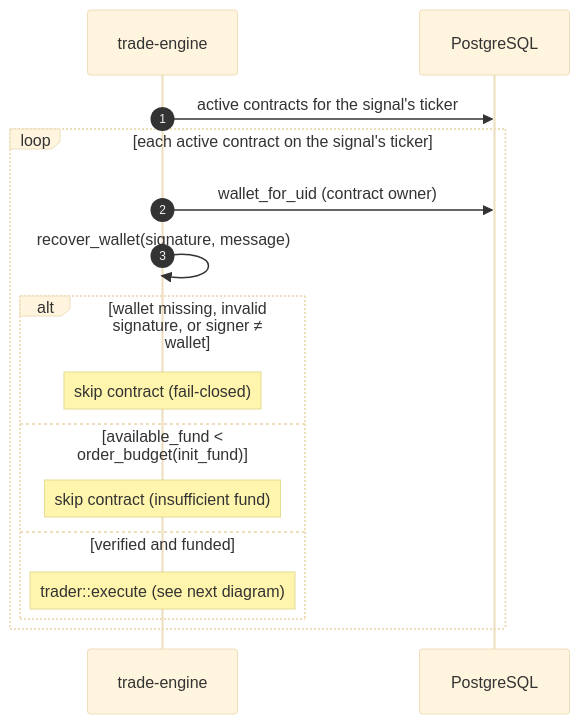
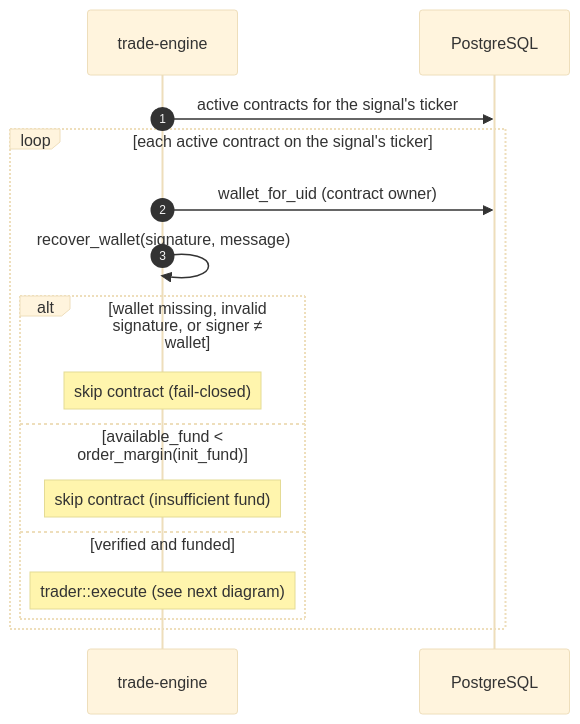
The fourth of 7 diagrams in process/trade-engine/README.md (N-Choo/CoinBot.v3), drawn with Mermaid (base theme) before and after one commit. The commit also changed other lines of this file and 13 other files, not shown here.

````diff
--- a/process/trade-engine/README.md
+++ b/process/trade-engine/README.md
@@ -138,18 +140,18 @@
 ```mermaid
 sequenceDiagram
     autonumber
     participant TE as trade-engine
     participant DB as PostgreSQL
     TE->>DB: active contracts for the signal's ticker
     loop each active contract on the signal's ticker
         TE->>DB: wallet_for_uid (contract owner)
         TE->>TE: recover_wallet(signature, message)
         alt wallet missing, invalid signature, or signer ≠ wallet
             Note over TE: skip contract (fail-closed)
-        else available_fund < order_budget(init_fund)
+        else available_fund < order_margin(init_fund)
             Note over TE: skip contract (insufficient fund)
         else verified and funded
             Note over TE: trader::execute (see next diagram)
         end
     end
 ```
````
